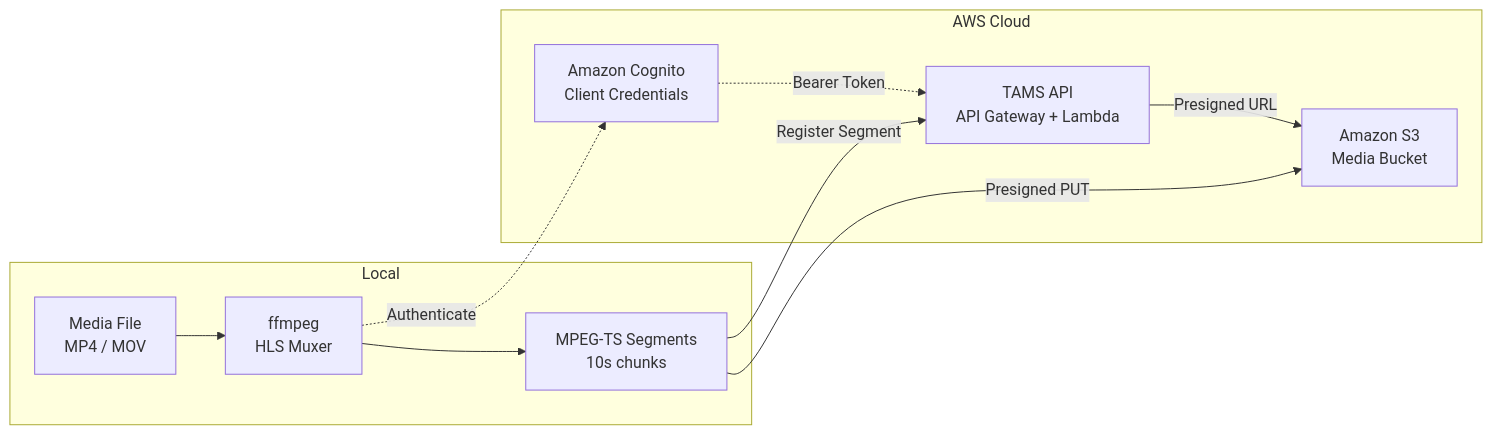
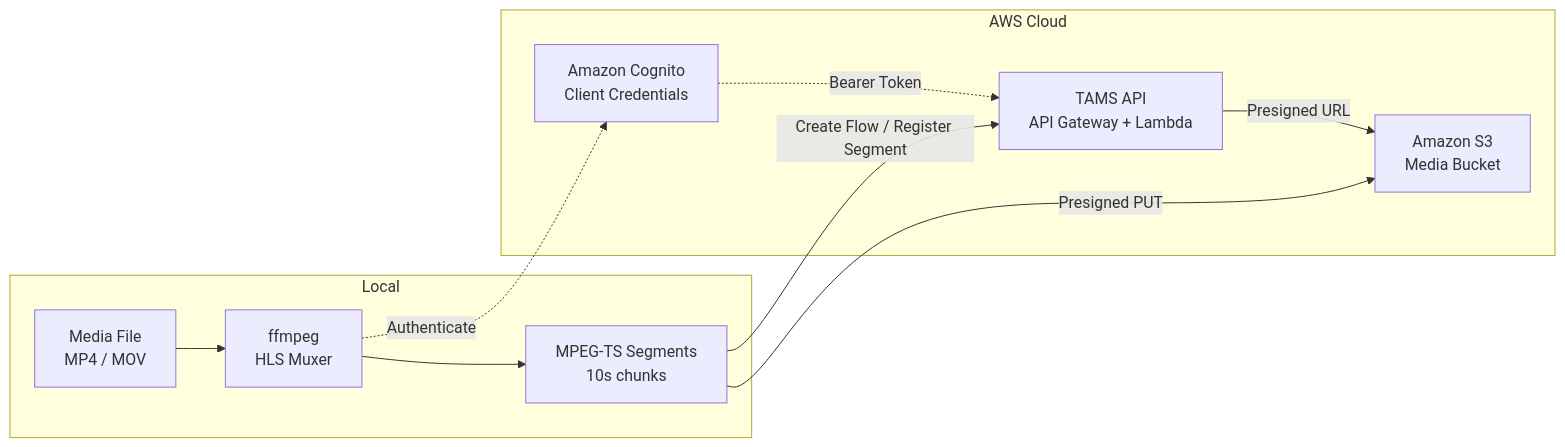
Before and after one commit to aws-samples/time-addressable-media-store-tools: the diagram in backend/components/uploader/README.md, drawn with Mermaid. The commit also changed other lines of this file and 1 other file, not shown here.

````diff
--- a/backend/components/uploader/README.md
+++ b/backend/components/uploader/README.md
@@ -21,19 +30,19 @@
 ```mermaid
 flowchart LR
     subgraph Local
         A[Media File<br/>MP4 / MOV] --> B[ffmpeg<br/>HLS Muxer]
         B --> C[MPEG-TS Segments<br/>10s chunks]
     end
 
     subgraph AWS Cloud
         D[Amazon Cognito<br/>Client Credentials]
         E[TAMS API<br/>API Gateway + Lambda]
         F[Amazon S3<br/>Media Bucket]
     end
 
     C -->|Presigned PUT| F
     B -.->|Authenticate| D
     D -.->|Bearer Token| E
-    C -->|Register Segment| E
+    C -->|Create Flow / Register Segment| E
     E -->|Presigned URL| F
 ```
````
